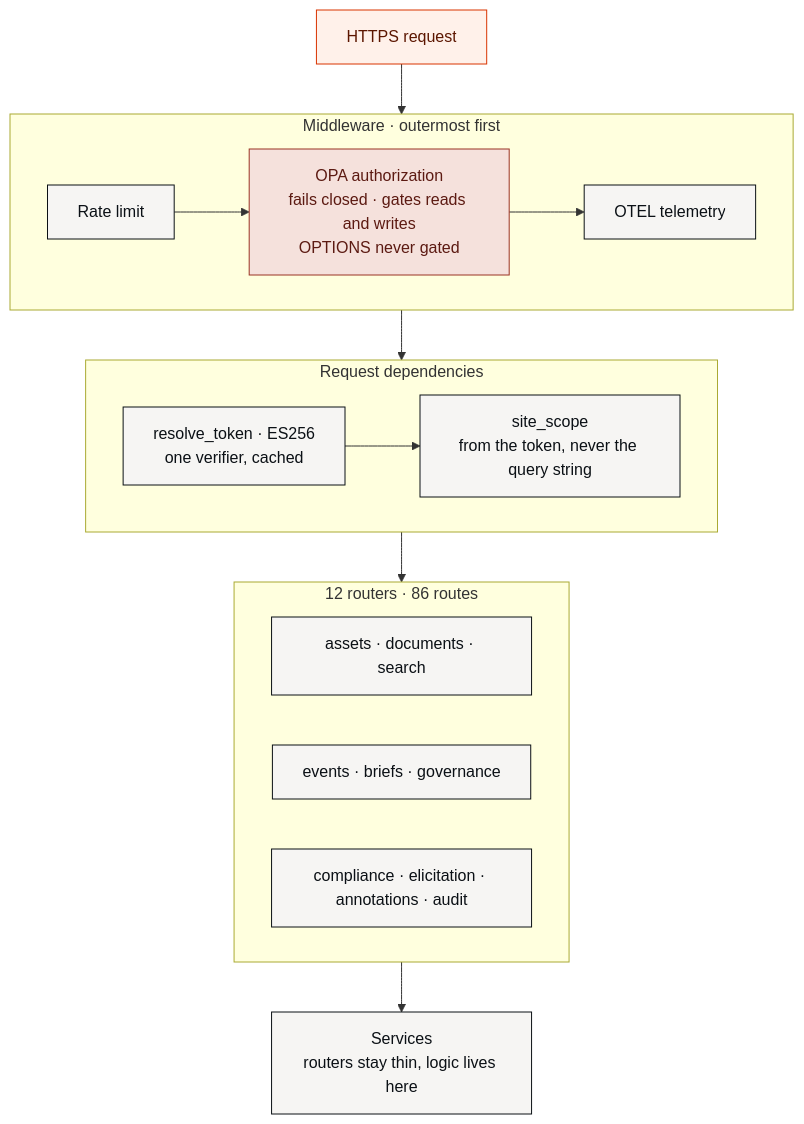
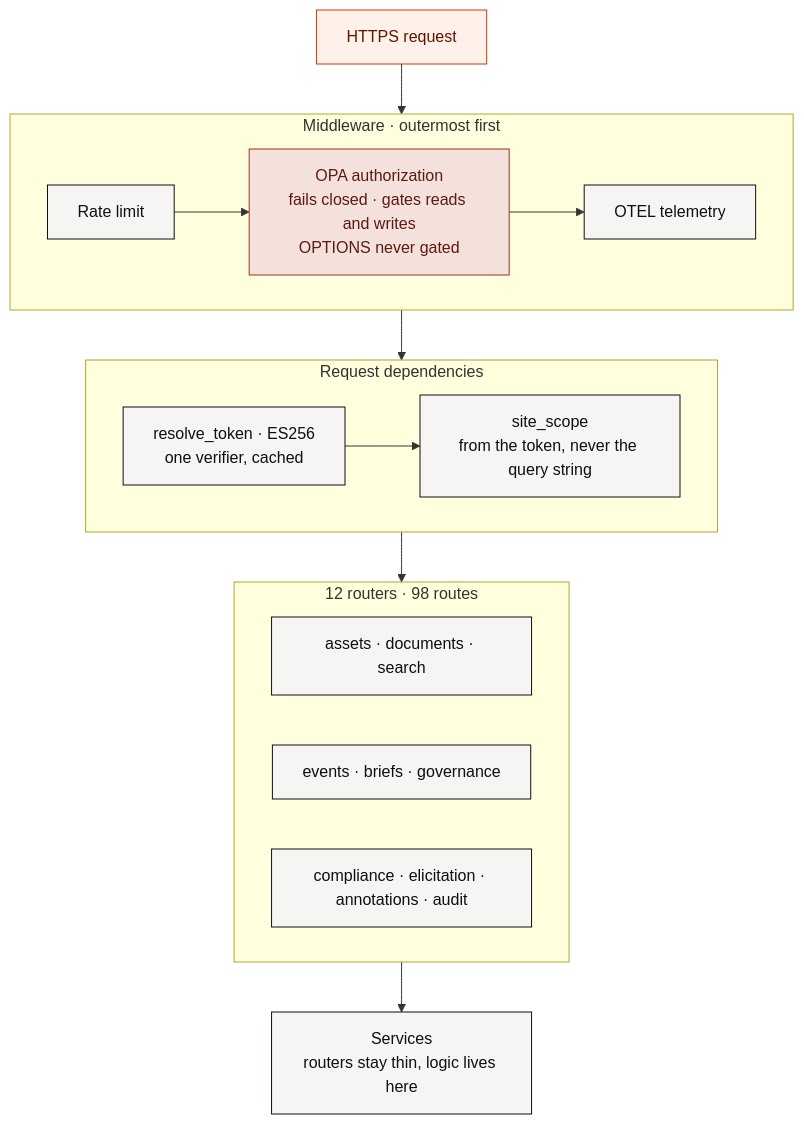
Before and after one commit to kr7shnasomani/kairos: the third of 7 diagrams in docs/DIAGRAMS.md, drawn with Mermaid. The commit also changed 138 other files, not shown here.

````diff
--- a/docs/DIAGRAMS.md
+++ b/docs/DIAGRAMS.md
@@ -141,36 +141,36 @@
 ```mermaid
 flowchart TB
     IN["HTTPS request"] --> MW
 
     subgraph MW["Middleware · outermost first"]
         RL["Rate limit"]
         OPA["OPA authorization<br/>fails closed · gates reads and writes<br/>OPTIONS never gated"]
         TEL["OTEL telemetry"]
         RL --> OPA --> TEL
     end
 
     MW --> DEP
 
     subgraph DEP["Request dependencies"]
         TOK["resolve_token · ES256<br/>one verifier, cached"]
         SITE["site_scope<br/>from the token, never the query string"]
         TOK --> SITE
     end
 
     DEP --> R
 
-    subgraph R["12 routers · 86 routes"]
+    subgraph R["12 routers · 98 routes"]
         R1["assets · documents · search"]
         R2["events · briefs · governance"]
         R3["compliance · elicitation · annotations · audit"]
     end
 
     R --> S["Services<br/>routers stay thin, logic lives here"]
 
     classDef edge fill:#fff1ea,stroke:#d93400,color:#5c1600
     classDef core fill:#f6f5f3,stroke:#0b1015,color:#0b1015
     classDef stop fill:#f5e1dc,stroke:#9a3324,color:#5c1a12
     class IN edge
     class RL,TEL,TOK,SITE,R1,R2,R3,S core
     class OPA stop
 ```
````
